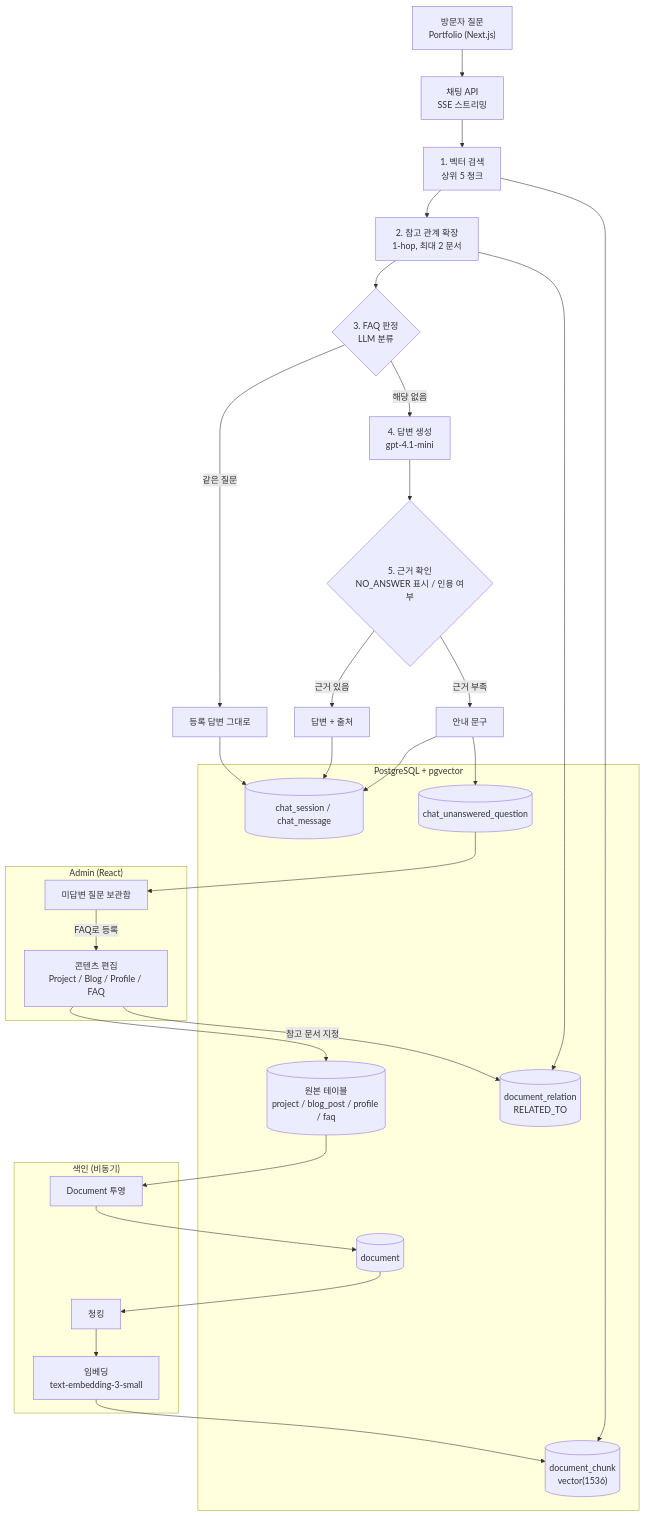
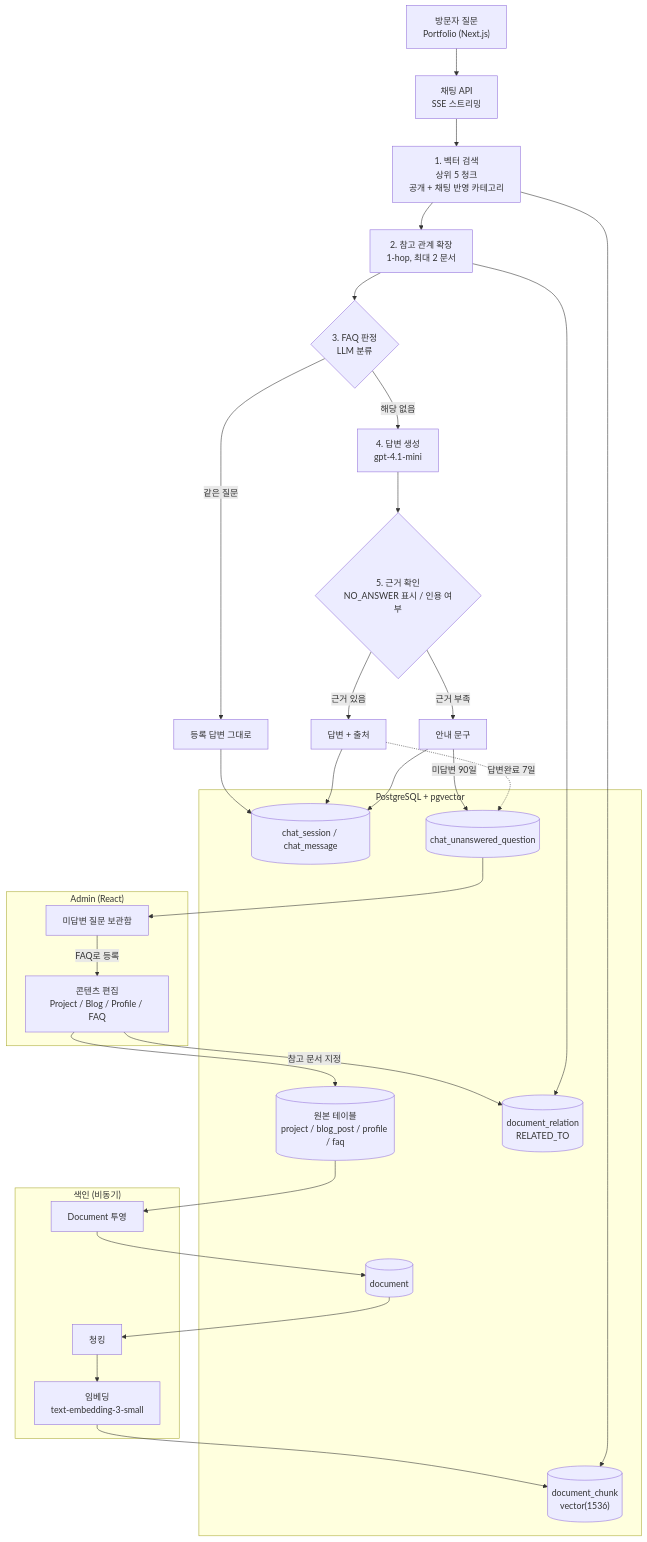
Before and after one commit to sonic0506/sonic-portfolio-ai-workspace: the first of 12 diagrams in docs/02-design/RAG_ARCHITECTURE_OVERVIEW.md, drawn with Mermaid. The commit also changed other lines of this file, not shown here.

First line of the commit message:
docs(rag): refresh architecture overview to 2026-10-12 code

````diff
--- a/docs/02-design/RAG_ARCHITECTURE_OVERVIEW.md
+++ b/docs/02-design/RAG_ARCHITECTURE_OVERVIEW.md
@@ -51,50 +51,51 @@
 ```mermaid
 flowchart TD
 
     subgraph ADMIN["Admin (React)"]
         EDIT["콘텐츠 편집<br/>Project / Blog / Profile / FAQ"]
         UQ["미답변 질문 보관함"]
     end
 
     subgraph INDEX["색인 (비동기)"]
         PROJ["Document 투영"]
         CHUNK["청킹"]
         EMB["임베딩<br/>text-embedding-3-small"]
     end
 
     subgraph DB["PostgreSQL + pgvector"]
         SRC[("원본 테이블<br/>project / blog_post / profile / faq")]
         DOC[("document")]
         CH[("document_chunk<br/>vector(1536)")]
         REL[("document_relation<br/>RELATED_TO")]
         SES[("chat_session / chat_message")]
         UNQ[("chat_unanswered_question")]
     end
 
     EDIT --> SRC
     SRC --> PROJ --> DOC
     DOC --> CHUNK --> EMB --> CH
     EDIT -->|"참고 문서 지정"| REL
 
     USER["방문자 질문<br/>Portfolio (Next.js)"] --> API["채팅 API<br/>SSE 스트리밍"]
 
-    API --> SEARCH["1. 벡터 검색<br/>상위 5 청크"]
+    API --> SEARCH["1. 벡터 검색<br/>상위 5 청크<br/>공개 + 채팅 반영 카테고리"]
     SEARCH --> CH
     SEARCH --> EXPAND["2. 참고 관계 확장<br/>1-hop, 최대 2 문서"]
     EXPAND --> REL
     EXPAND --> FAQ{"3. FAQ 판정<br/>LLM 분류"}
 
     FAQ -->|"같은 질문"| FIXED["등록 답변 그대로"]
     FAQ -->|"해당 없음"| GEN["4. 답변 생성<br/>gpt-4.1-mini"]
 
     GEN --> CHECK{"5. 근거 확인<br/>NO_ANSWER 표시 / 인용 여부"}
     CHECK -->|"근거 있음"| ANSWER["답변 + 출처"]
     CHECK -->|"근거 부족"| GUIDE["안내 문구"]
-    GUIDE --> UNQ
+    GUIDE -->|"미답변 90일"| UNQ
+    ANSWER -.->|"답변완료 7일"| UNQ
     UNQ --> UQ
     UQ -->|"FAQ로 등록"| EDIT
 
     FIXED --> SES
     ANSWER --> SES
     GUIDE --> SES
 ```
````
